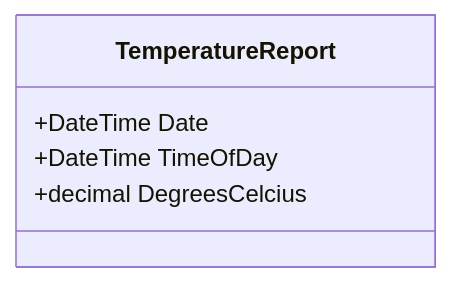
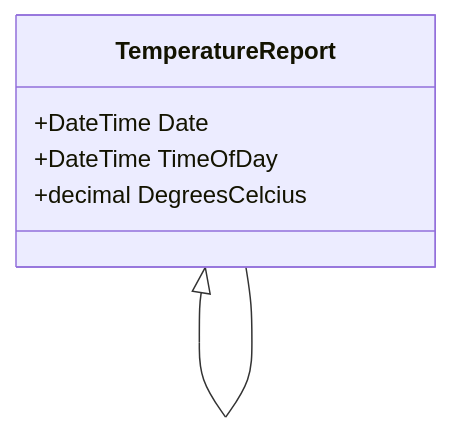
The diagram in Dashboard/misc/diagrams/classDiagram.mmd (jespardk/systemintegration), drawn with Mermaid before and after one commit. The commit also changed 9 other files, not shown here.

```diff
--- a/Dashboard/misc/diagrams/classDiagram.mmd
+++ b/Dashboard/misc/diagrams/classDiagram.mmd
@@ -1,8 +1,9 @@
  classDiagram
       class TemperatureReport{
           +DateTime Date
           +DateTime TimeOfDay
           +decimal DegreesCelcius
       }
 
       %% Relations
+      TemperatureReport <|-- TemperatureReport
```
